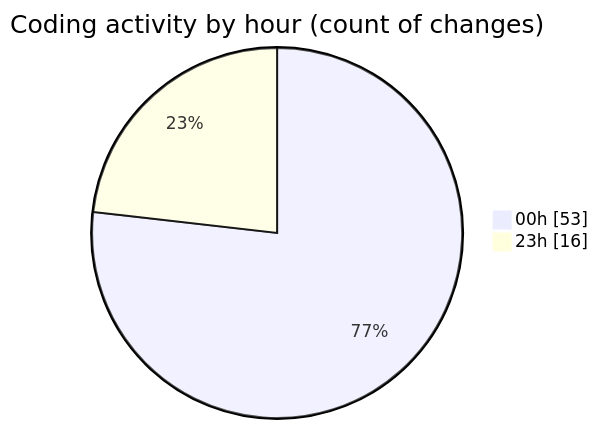
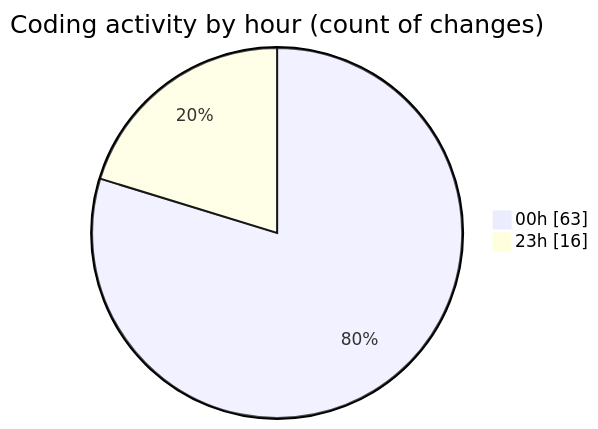
Before and after one commit to Ritupan-Deka/code-tracking: the second of 2 diagrams in 2025-05-26/projects/README.md, drawn with Mermaid. The commit also changed other lines of this file and 1 other file, not shown here.

````diff
--- a/2025-05-26/projects/README.md
+++ b/2025-05-26/projects/README.md
@@ -33,6 +33,6 @@
 ```mermaid
 pie showData
 title Coding activity by hour (count of changes)
-"00h" : 53
+"00h" : 63
 "23h" : 16
 ```
````
